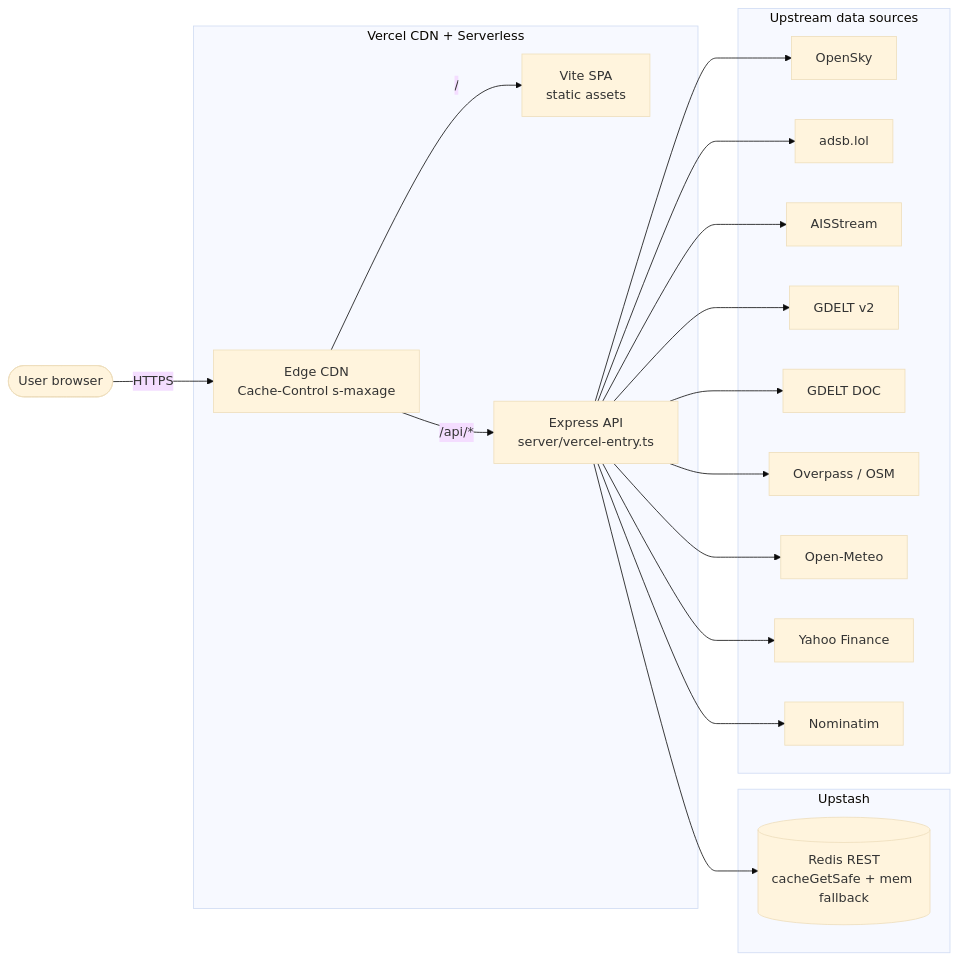
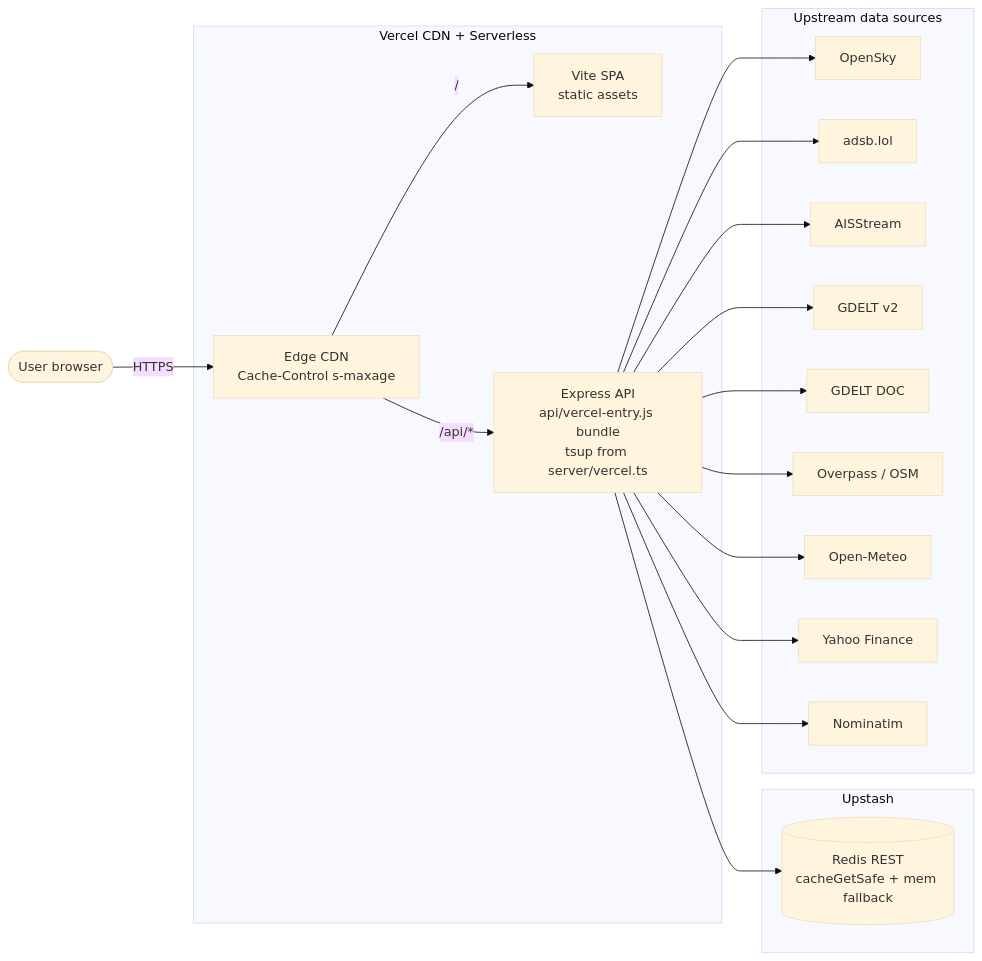
Before and after one commit to zack-maz/onthegrid.icm: the second of 2 diagrams in docs/architecture/system-context.md, drawn with Mermaid (base theme). The commit also changed other lines of this file, not shown here.

````diff
--- a/docs/architecture/system-context.md
+++ b/docs/architecture/system-context.md
@@ -58,40 +58,40 @@
 ```mermaid
 flowchart LR
     user([User browser])
 
     subgraph vercel[Vercel CDN + Serverless]
         cdn[Edge CDN<br/>Cache-Control s-maxage]
         spa[Vite SPA<br/>static assets]
-        api[Express API<br/>server/vercel-entry.ts]
+        api[Express API<br/>api/vercel-entry.js bundle<br/>tsup from server/vercel.ts]
     end
 
     subgraph upstash[Upstash]
         redis[(Redis REST<br/>cacheGetSafe + mem fallback)]
     end
 
     subgraph sources[Upstream data sources]
         opensky[OpenSky]
         adsblol[adsb.lol]
         aisstream[AISStream]
         gdelt[GDELT v2]
         gdeltdoc[GDELT DOC]
         overpass[Overpass / OSM]
         openmeteo[Open-Meteo]
         yahoo[Yahoo Finance]
         nominatim[Nominatim]
     end
 
     user -->|HTTPS| cdn
     cdn -->|/| spa
     cdn -->|/api/*| api
     api --> redis
     api --> opensky
     api --> adsblol
     api --> aisstream
     api --> gdelt
     api --> gdeltdoc
     api --> overpass
     api --> openmeteo
     api --> yahoo
     api --> nominatim
 ```
````
